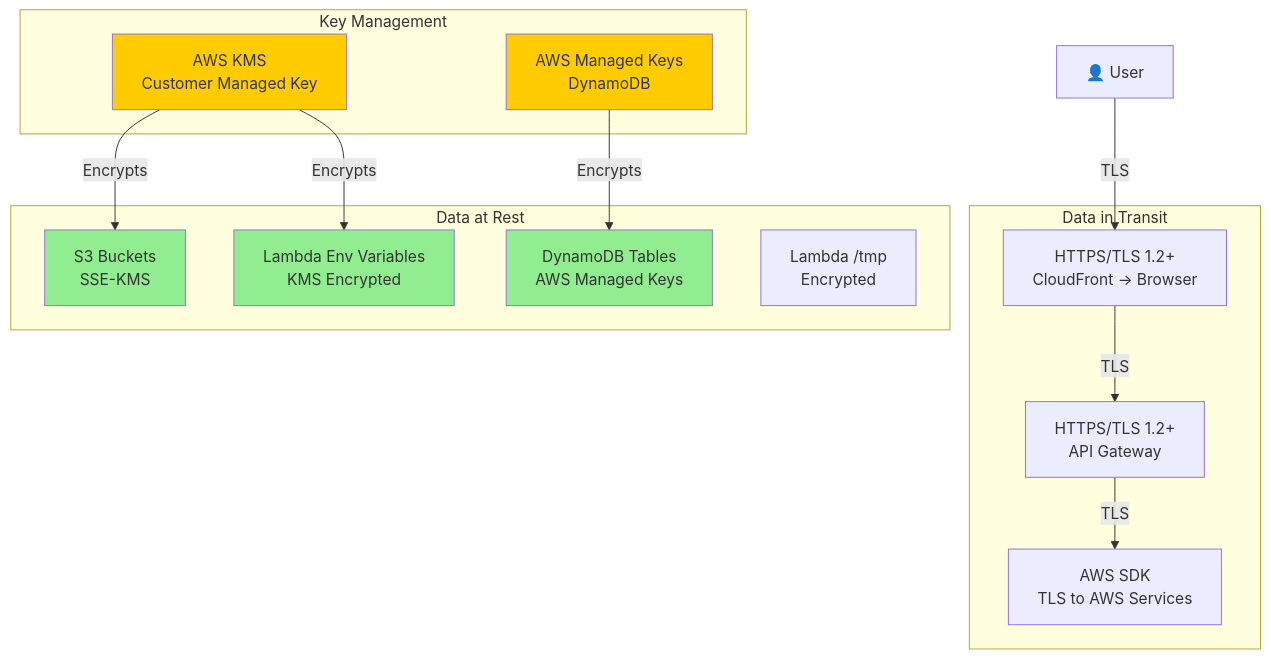
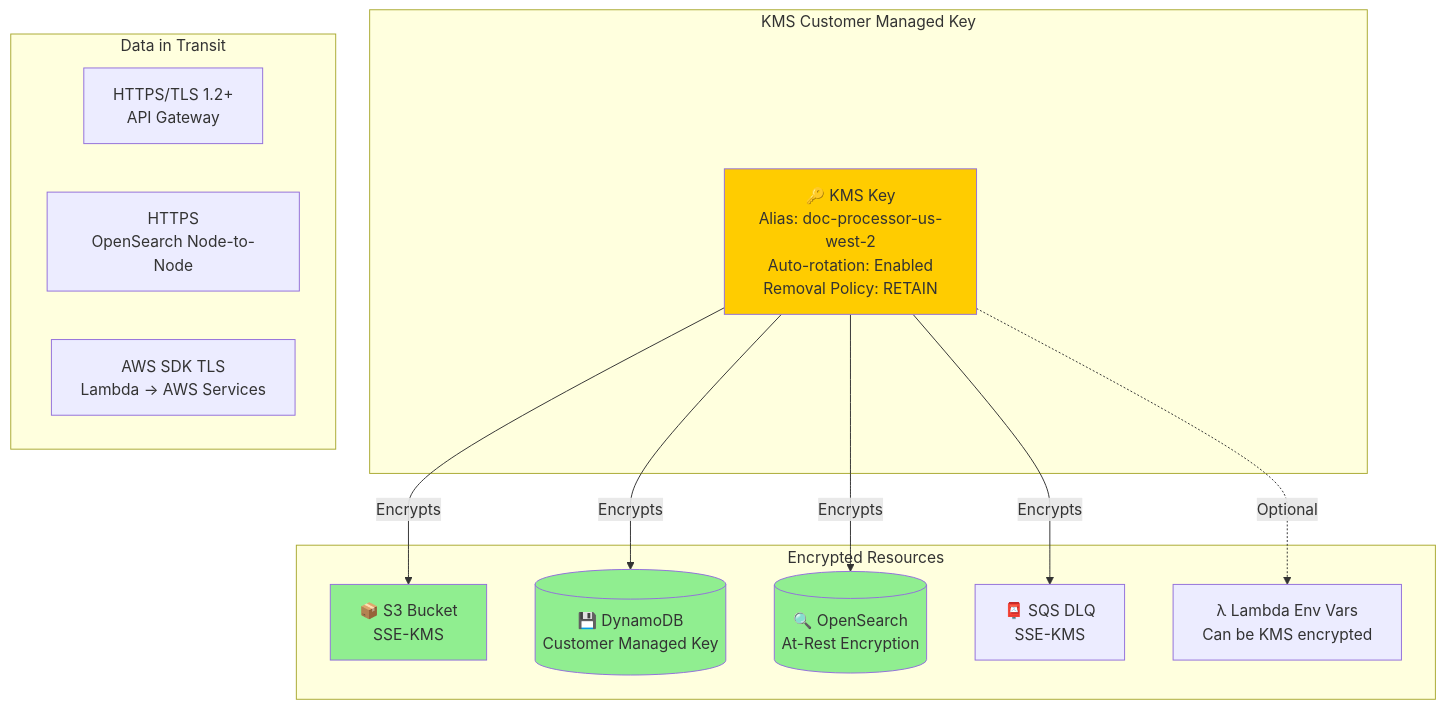
Diagram 11 of 19 in ARCHITECTURE.md (annabook21/IntelligentDoc_Processor), drawn with Mermaid before and after one commit. The commit also changed other lines of this file and 5 other files, not shown here.

First line of the commit message:
Add accurate architecture documentation and AWS diagram creation guides

````diff
--- a/ARCHITECTURE.md
+++ b/ARCHITECTURE.md
@@ -621,34 +528,31 @@
 ```mermaid
 graph TB
-    subgraph "Data at Rest"
-        S3[S3 Buckets<br/>SSE-KMS]
-        DDB[DynamoDB Tables<br/>AWS Managed Keys]
-        Lambda[Lambda Env Variables<br/>KMS Encrypted]
-        EBS[Lambda /tmp<br/>Encrypted]
+    subgraph "KMS Customer Managed Key"
+        KMS[🔑 KMS Key<br/>Alias: doc-processor-us-west-2<br/>Auto-rotation: Enabled<br/>Removal Policy: RETAIN]
     end
-    
+
+    subgraph "Encrypted Resources"
+        S3[📦 S3 Bucket<br/>SSE-KMS]
+        DDB[(💾 DynamoDB<br/>Customer Managed Key)]
+        OpenSearch[(🔍 OpenSearch<br/>At-Rest Encryption)]
+        SQS[📮 SQS DLQ<br/>SSE-KMS]
+        Lambda[λ Lambda Env Vars<br/>Can be KMS encrypted]
+    end
+
     subgraph "Data in Transit"
-        HTTPS[HTTPS/TLS 1.2+<br/>CloudFront → Browser]
-        API_TLS[HTTPS/TLS 1.2+<br/>API Gateway]
-        SDK[AWS SDK<br/>TLS to AWS Services]
+        TLS1[HTTPS/TLS 1.2+<br/>API Gateway]
+        TLS2[HTTPS<br/>OpenSearch Node-to-Node]
+        TLS3[AWS SDK TLS<br/>Lambda → AWS Services]
     end
-    
-    subgraph "Key Management"
-        KMS[AWS KMS<br/>Customer Managed Key]
-        KMS_AWS[AWS Managed Keys<br/>DynamoDB]
-    end
-    
+
     KMS -->|Encrypts| S3
-    KMS -->|Encrypts| Lambda
-    KMS_AWS -->|Encrypts| DDB
-    
-    User[👤 User] -->|TLS| HTTPS
-    HTTPS -->|TLS| API_TLS
-    API_TLS -->|TLS| SDK
-    
+    KMS -->|Encrypts| DDB
+    KMS -->|Encrypts| OpenSearch
+    KMS -->|Encrypts| SQS
+    KMS -.->|Optional| Lambda
+
     style KMS fill:#ffcc00
-    style KMS_AWS fill:#ffcc00
     style S3 fill:#90EE90
     style DDB fill:#90EE90
-    style Lambda fill:#90EE90
+    style OpenSearch fill:#90EE90
 ```
````
